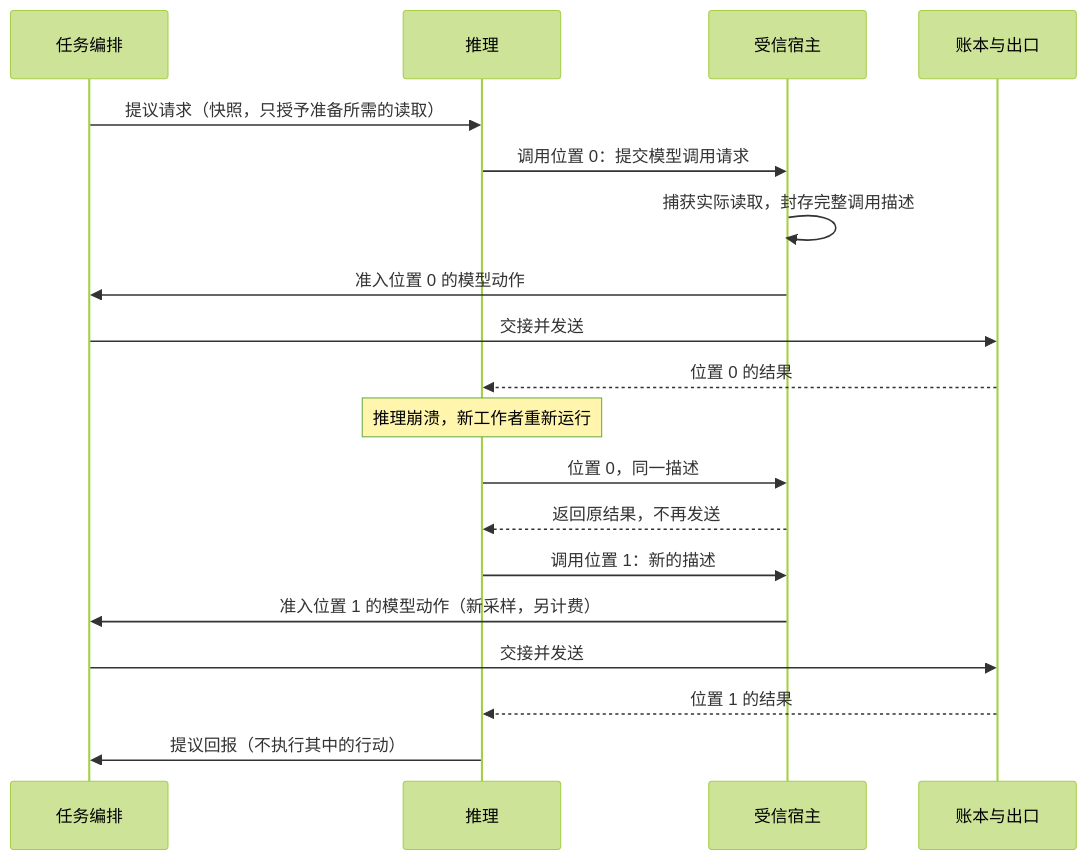
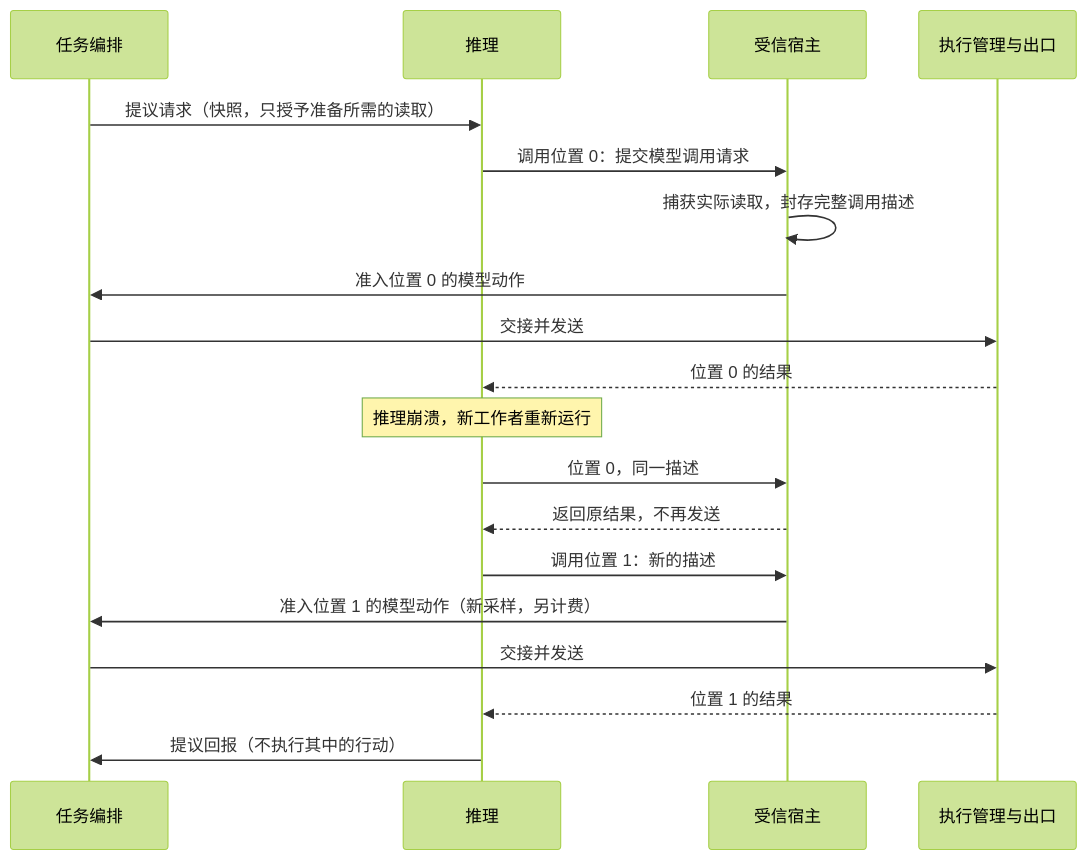
Before and after one commit to ruipengliu/lerna: the diagram in docs/architecture/ports/reasoner/README.md, drawn with Mermaid (forest theme). The commit also changed other lines of this file and 48 other files, not shown here.

Commit message:
docs: clarify architecture contracts and diagrams

````diff
--- a/docs/architecture/ports/reasoner/README.md
+++ b/docs/architecture/ports/reasoner/README.md
@@ -196,21 +198,21 @@
 ```mermaid
 sequenceDiagram
     participant T as 任务编排
     participant R as 推理
     participant H as 受信宿主
-    participant G as 账本与出口
+    participant G as 执行管理与出口
     T->>R: 提议请求（快照，只授予准备所需的读取）
     R->>H: 调用位置 0：提交模型调用请求
     H->>H: 捕获实际读取，封存完整调用描述
     H->>T: 准入位置 0 的模型动作
     T->>G: 交接并发送
     G-->>R: 位置 0 的结果
     Note over R: 推理崩溃，新工作者重新运行
     R->>H: 位置 0，同一描述
     H-->>R: 返回原结果，不再发送
     R->>H: 调用位置 1：新的描述
     H->>T: 准入位置 1 的模型动作（新采样，另计费）
     T->>G: 交接并发送
     G-->>R: 位置 1 的结果
     R->>T: 提议回报（不执行其中的行动）
 ```
````
